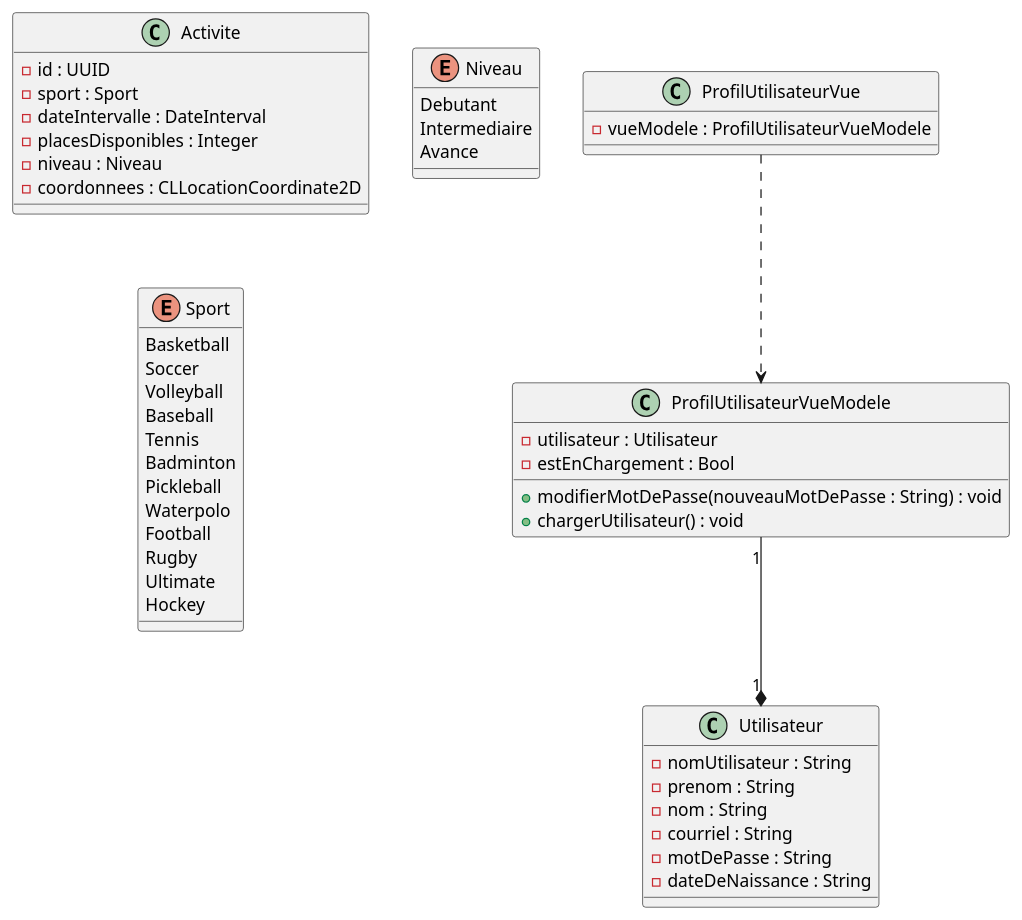
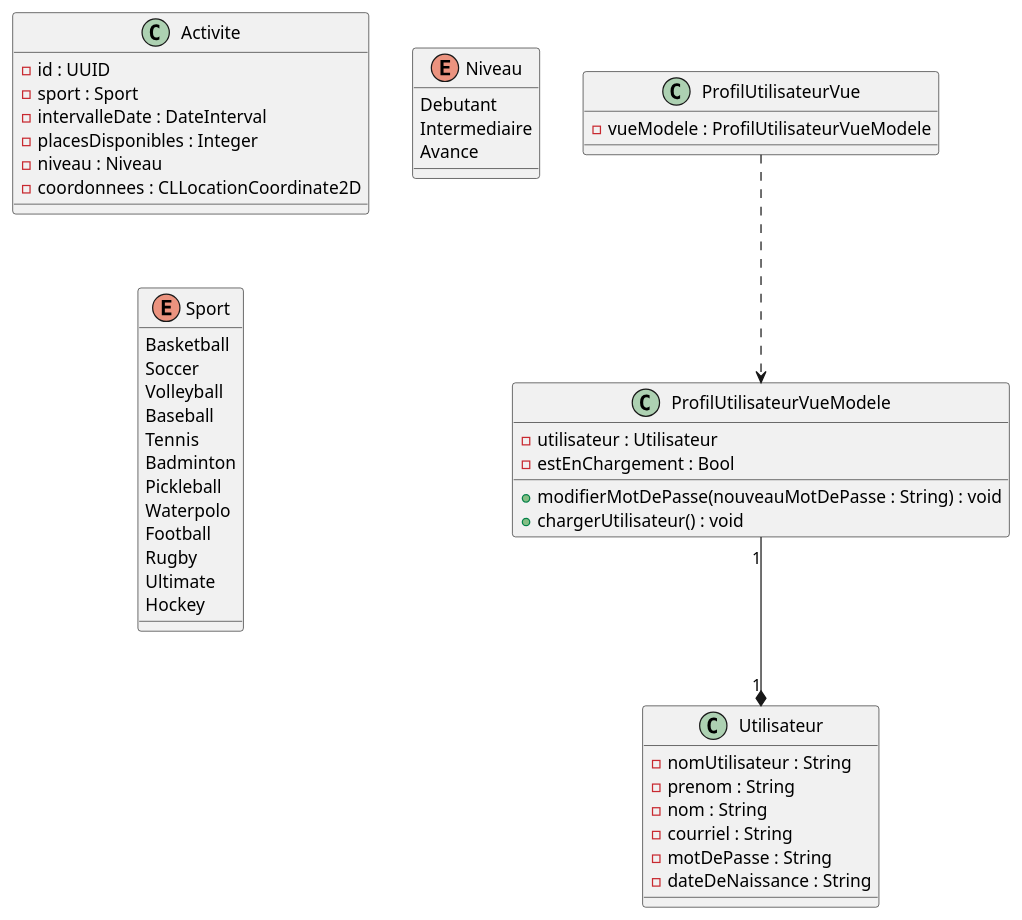
One commit to mrquaternion/SportLink changed the diagram in diagrams/src/mvvm.puml. Above: the diagram before and after it, drawn with PlantUML. The commit also changed 1 other file, not shown here.

```diff
--- a/diagrams/src/mvvm.puml
+++ b/diagrams/src/mvvm.puml
@@ -1,57 +1,57 @@
 @startuml SportLink
 
 class Utilisateur {
   - {field} nomUtilisateur : String
   - {field} prenom : String
   - {field} nom : String
   - {field} courriel : String
   - {field} motDePasse : String
   - {field} dateDeNaissance : String
 }
 
 class ProfilUtilisateurVueModele {
   - {field} utilisateur : Utilisateur
   - {field} estEnChargement : Bool
   + {method} modifierMotDePasse(nouveauMotDePasse : String) : void
   + {method} chargerUtilisateur() : void
 }
 
 class ProfilUtilisateurVue {
   - vueModele : ProfilUtilisateurVueModele
 }
 
 ProfilUtilisateurVueModele "1" --* "1" Utilisateur
 ProfilUtilisateurVue ..> ProfilUtilisateurVueModele
 
 class Activite {
   - {field} id : UUID
   - {field} sport : Sport
-  - {field} dateIntervalle : DateInterval 
+  - {field} intervalleDate : DateInterval 
   - {field} placesDisponibles : Integer
   - {field} niveau : Niveau
   - {field} coordonnees : CLLocationCoordinate2D
 }
 
 enum Niveau {
   Debutant
   Intermediaire
   Avance
-  }
+}
 
 enum Sport {
   Basketball
   Soccer
   Volleyball
   Baseball
   Tennis
   Badminton
   Pickleball
   Waterpolo
   Football
   Rugby
   Ultimate
   Hockey
 }
 
 
 @enduml
```
